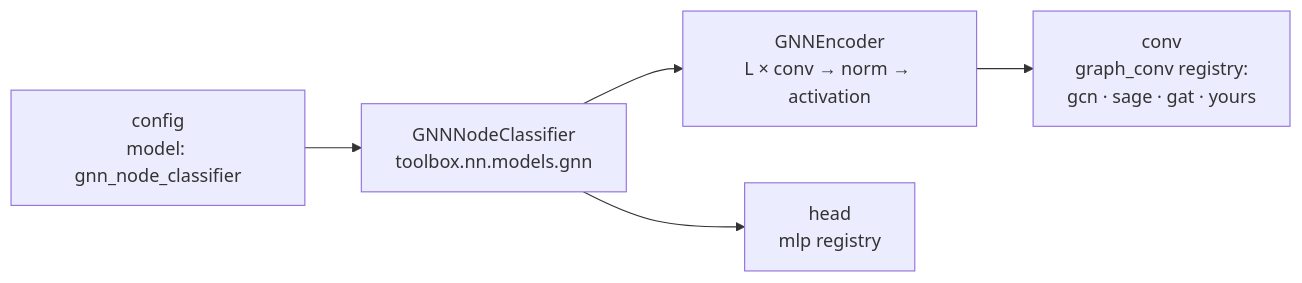
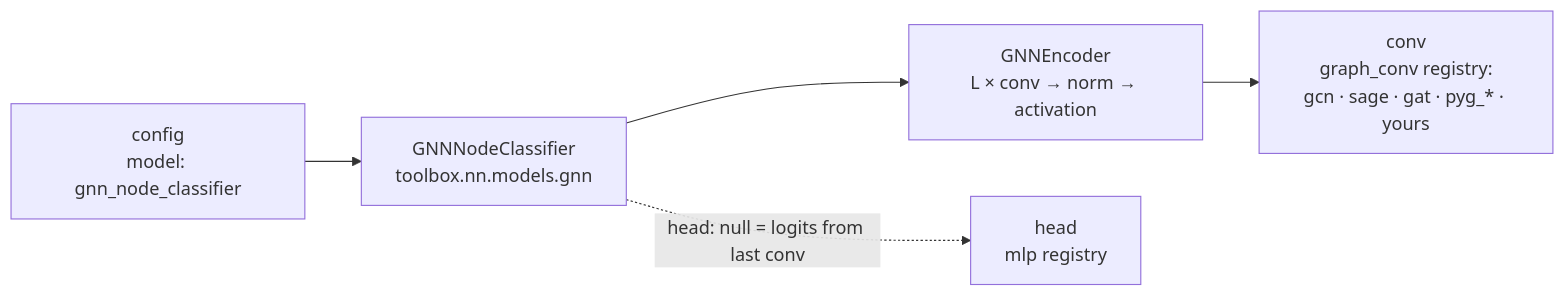
One commit to lamng3/toolbox changed the second of 2 diagrams in examples/gmv/README.md. Above: the diagram before and after it, drawn with Mermaid. The commit also changed other lines of this file and 18 other files, not shown here.

````diff
--- a/examples/gmv/README.md
+++ b/examples/gmv/README.md
@@ -64,7 +65,7 @@
 ```mermaid
 flowchart LR
     CFG["config<br/>model: gnn_node_classifier"] --> CLF["GNNNodeClassifier<br/>toolbox.nn.models.gnn"]
     CLF --> ENC["GNNEncoder<br/>L × conv → norm → activation"]
-    CLF --> HEAD["head<br/>mlp registry"]
-    ENC --> CONV["conv<br/>graph_conv registry:<br/>gcn · sage · gat · yours"]
+    CLF -. "head: null = logits from last conv" .-> HEAD["head<br/>mlp registry"]
+    ENC --> CONV["conv<br/>graph_conv registry:<br/>gcn · sage · gat · pyg_* · yours"]
 ```
````
